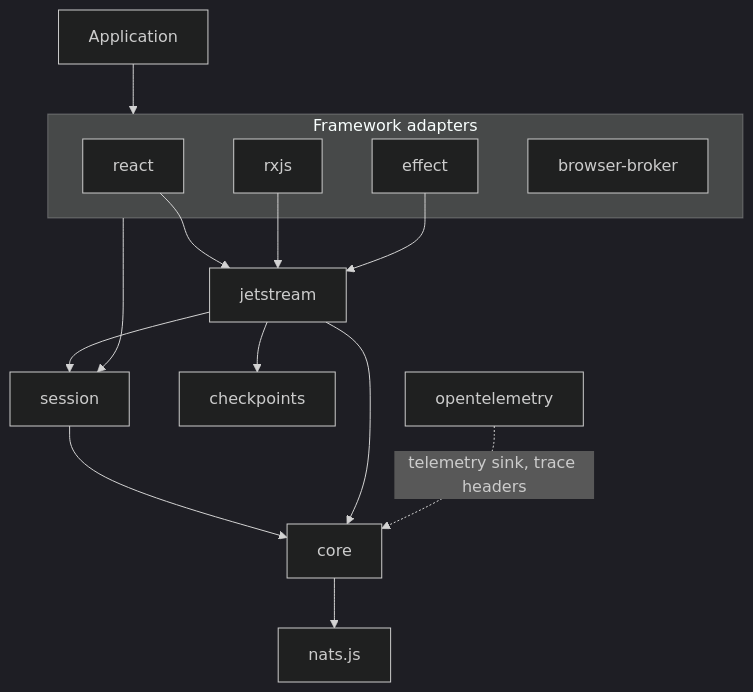
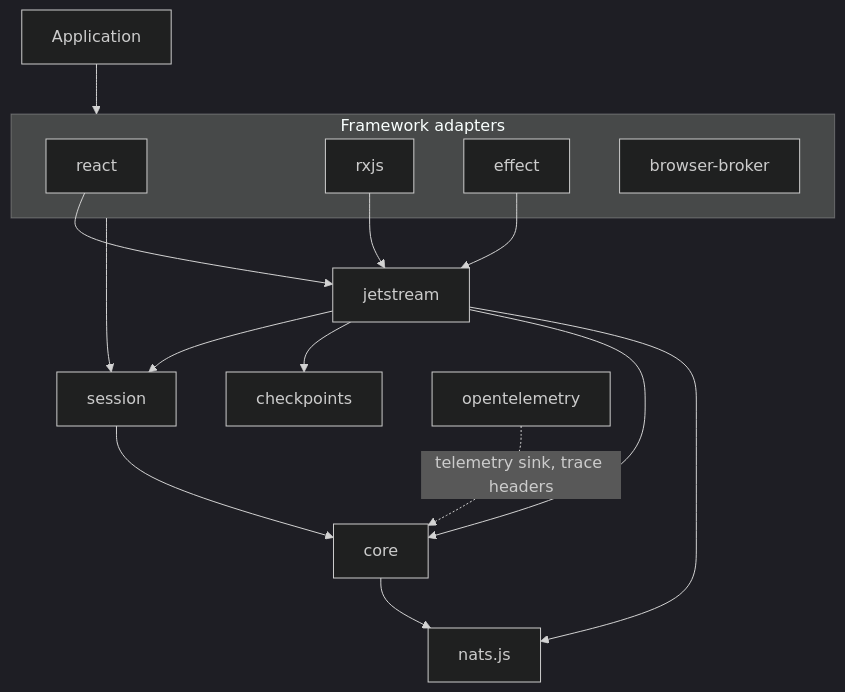
Before and after one commit to thedonmon/natsail: the diagram in docs/architecture/overview.md, drawn with Mermaid (dark theme). The commit also changed other lines of this file and 6 other files, not shown here.

````diff
--- a/docs/architecture/overview.md
+++ b/docs/architecture/overview.md
@@ -17,28 +17,29 @@
 ```mermaid
 flowchart TB
   APP[Application]
   subgraph adapters[Framework adapters]
     REACT[react]
     RXJS[rxjs]
     EFFECT[effect]
     BROKER[browser-broker]
   end
   SESSION[session]
   JS[jetstream]
   CP[checkpoints]
   CORE[core]
   OTEL[opentelemetry]
   NATS[nats.js]
 
   APP --> adapters
   adapters --> SESSION
   REACT --> JS
   RXJS --> JS
   EFFECT --> JS
   JS --> SESSION
   JS --> CP
   SESSION --> CORE
   JS --> CORE
+  JS --> NATS
   CORE --> NATS
   OTEL -.->|telemetry sink, trace headers| CORE
 ```
````
